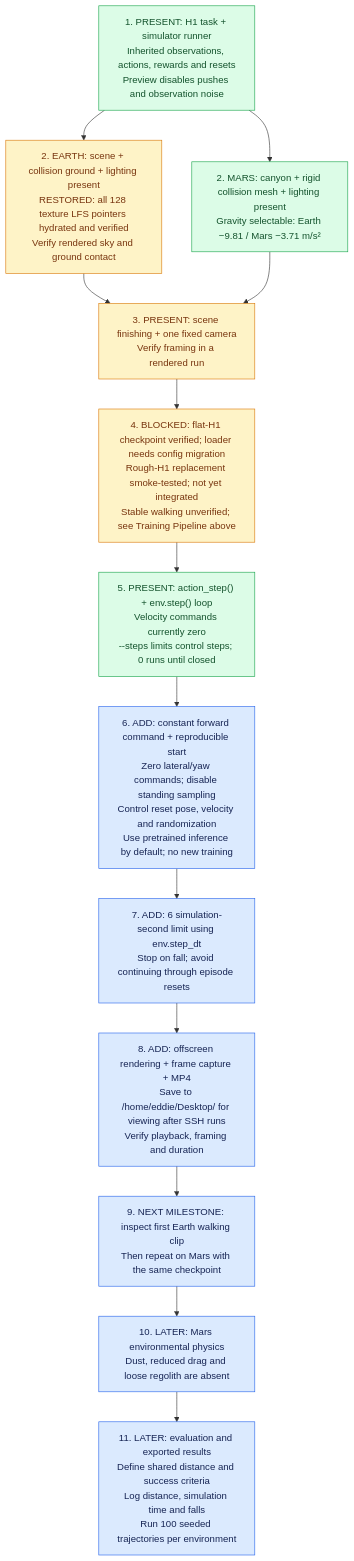
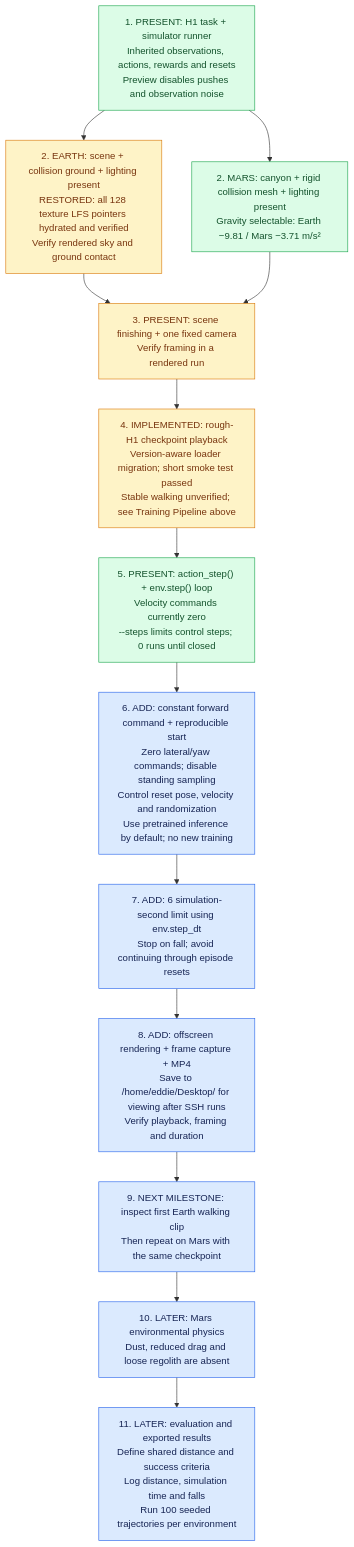
The third of 3 diagrams in README.md (eddie-wq07/Mars-Project), drawn with Mermaid before and after one commit. The commit also changed other lines of this file and 3 other files, not shown here.

````diff
--- a/README.md
+++ b/README.md
@@ -104,29 +125,29 @@
 ```mermaid
 flowchart TD
     base["1. PRESENT: H1 task + simulator runner<br/>Inherited observations, actions, rewards and resets<br/>Preview disables pushes and observation noise"]
     earth["2. EARTH: scene + collision ground + lighting present<br/>RESTORED: all 128 texture LFS pointers hydrated and verified<br/>Verify rendered sky and ground contact"]
     mars["2. MARS: canyon + rigid collision mesh + lighting present<br/>Gravity selectable: Earth −9.81 / Mars −3.71 m/s²"]
     camera["3. PRESENT: scene finishing + one fixed camera<br/>Verify framing in a rendered run"]
-    policy["4. BLOCKED: flat-H1 checkpoint verified; loader needs config migration<br/>Rough-H1 replacement smoke-tested; not yet integrated<br/>Stable walking unverified; see Training Pipeline above"]
+    policy["4. IMPLEMENTED: rough-H1 checkpoint playback<br/>Version-aware loader migration; short smoke test passed<br/>Stable walking unverified; see Training Pipeline above"]
     loop["5. PRESENT: action_step() + env.step() loop<br/>Velocity commands currently zero<br/>--steps limits control steps; 0 runs until closed"]
     walk["6. ADD: constant forward command + reproducible start<br/>Zero lateral/yaw commands; disable standing sampling<br/>Control reset pose, velocity and randomization<br/>Use pretrained inference by default; no new training"]
     timing["7. ADD: 6 simulation-second limit using env.step_dt<br/>Stop on fall; avoid continuing through episode resets"]
     video["8. ADD: offscreen rendering + frame capture + MP4<br/>Save to /home/eddie/Desktop/ for viewing after SSH runs<br/>Verify playback, framing and duration"]
     iterate["9. NEXT MILESTONE: inspect first Earth walking clip<br/>Then repeat on Mars with the same checkpoint"]
     physics["10. LATER: Mars environmental physics<br/>Dust, reduced drag and loose regolith are absent"]
     evaluation["11. LATER: evaluation and exported results<br/>Define shared distance and success criteria<br/>Log distance, simulation time and falls<br/>Run 100 seeded trajectories per environment"]
 
     base --> earth
     base --> mars
     earth --> camera
     mars --> camera
     camera --> policy --> loop --> walk --> timing --> video --> iterate
     iterate --> physics --> evaluation
 
     classDef present fill:#dcfce7,stroke:#16a34a,color:#14532d;
     classDef verify fill:#fef3c7,stroke:#d97706,color:#78350f;
     classDef todo fill:#dbeafe,stroke:#2563eb,color:#172554;
     class base,mars,loop present;
     class earth,camera,policy verify;
     class walk,timing,video,iterate,physics,evaluation todo;
 ```
````
